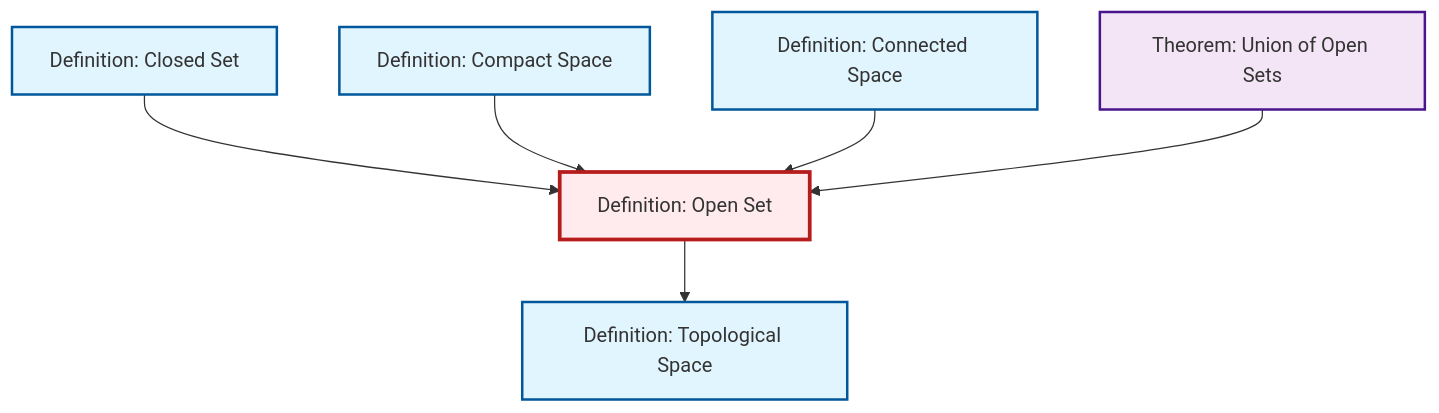
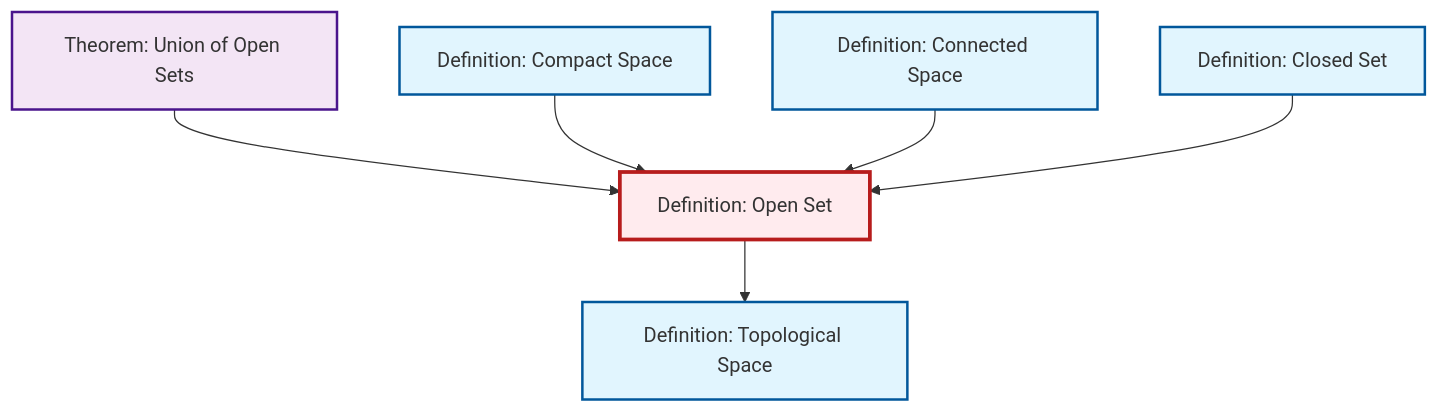
One commit to RK0429/ModernMath changed the diagram in output/mermaid/def-open-set.mermaid. Above: the diagram before and after it, drawn with Mermaid. The commit also changed other lines of this file and 151 other files, not shown here.

````diff
--- a/output/mermaid/def-open-set.mermaid
+++ b/output/mermaid/def-open-set.mermaid
@@ -1,21 +1,21 @@
 ```{mermaid}
 %%| fig-cap: "Local dependency graph"
 graph TD
     classDef definition fill:#e1f5fe,stroke:#01579b,stroke-width:2px
     classDef theorem fill:#f3e5f5,stroke:#4a148c,stroke-width:2px
     classDef axiom fill:#fff3e0,stroke:#e65100,stroke-width:2px
     classDef example fill:#e8f5e9,stroke:#1b5e20,stroke-width:2px
     classDef current fill:#ffebee,stroke:#b71c1c,stroke-width:3px
+    def-connected["Definition: Connected Space"]:::definition
+    thm-union-open-sets["Theorem: Union of Open Sets"]:::theorem
+    def-open-set["Definition: Open Set"]:::definition
+    def-topological-space["Definition: Topological Space"]:::definition
+    def-compact["Definition: Compact Space"]:::definition
     def-closed-set["Definition: Closed Set"]:::definition
-    def-topological-space["Definition: Topological Space"]:::definition
-    def-connected["Definition: Connected Space"]:::definition
-    def-open-set["Definition: Open Set"]:::definition
-    def-compact["Definition: Compact Space"]:::definition
-    thm-union-open-sets["Theorem: Union of Open Sets"]:::theorem
-    def-closed-set --> def-open-set
+    thm-union-open-sets --> def-open-set
     def-compact --> def-open-set
     def-open-set --> def-topological-space
     def-connected --> def-open-set
-    thm-union-open-sets --> def-open-set
+    def-closed-set --> def-open-set
     class def-open-set current
 ```
````
